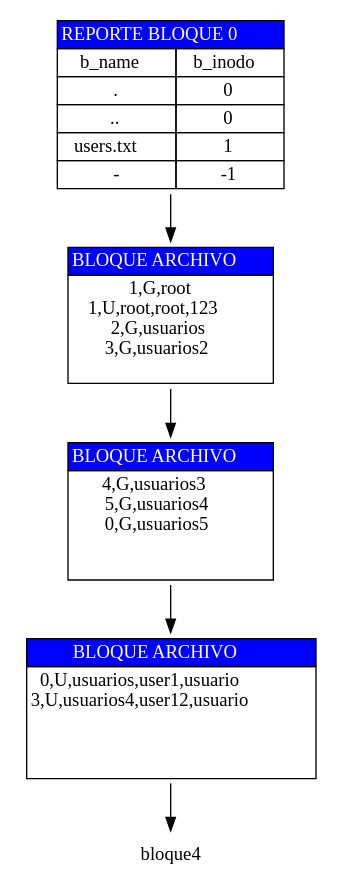
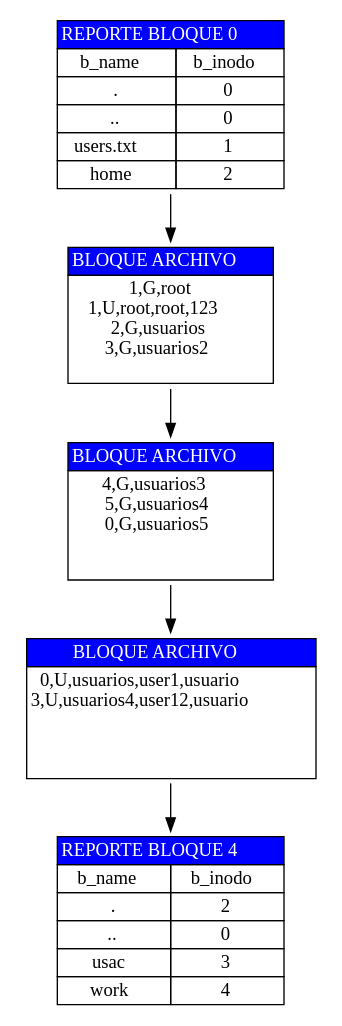
One commit to miguel-tubac/MIA_1S2025_P1_202101927 changed the diagram in server/src/salida/block.dot. Above: the diagram before and after it, drawn with Graphviz. The commit also changed 12 other files, not shown here.

```diff
--- a/server/src/salida/block.dot
+++ b/server/src/salida/block.dot
@@ -1,27 +1,35 @@
 digraph G {
 	node [shape=plaintext]
 	bloque0 [label=<
-			<table border="0" cellborder="1" cellspacing="0">
-				<tr><td colspan="2" bgcolor="#0000FF"><font color="white"> REPORTE BLOQUE 0 </font></td></tr>
+					<table border="0" cellborder="1" cellspacing="0">
+					<tr><td colspan="2" bgcolor="#0000FF"><font color="white"> REPORTE BLOQUE 0 </font></td></tr>
 	<tr><td>b_name</td><td>b_inodo</td></tr>
 	<tr><td>.</td><td>0</td></tr>
 	<tr><td>..</td><td>0</td></tr>
 	<tr><td>users.txt</td><td>1</td></tr>
-	<tr><td>-</td><td>-1</td></tr>	</table>>];
-		bloque0 -> bloque1;
+	<tr><td>home</td><td>2</td></tr>	</table>>];
 bloque1 [label=<
-			<table border="0" cellborder="1" cellspacing="0">
+				<table border="0" cellborder="1" cellspacing="0">
 		<tr><td colspan="2" bgcolor="#0000FF"><font color="white"> BLOQUE ARCHIVO </font></td></tr>
 		<tr><td colspan="2"> 1,G,root<br/>1,U,root,root,123<br/>2,G,usuarios<br/>3,G,usuarios2<br/> </td></tr>	</table>>];
-		bloque1 -> bloque2;
 bloque2 [label=<
-			<table border="0" cellborder="1" cellspacing="0">
+				<table border="0" cellborder="1" cellspacing="0">
 		<tr><td colspan="2" bgcolor="#0000FF"><font color="white"> BLOQUE ARCHIVO </font></td></tr>
 		<tr><td colspan="2"> 4,G,usuarios3<br/>5,G,usuarios4<br/>0,G,usuarios5<br/><br/> </td></tr>	</table>>];
-		bloque2 -> bloque3;
 bloque3 [label=<
-			<table border="0" cellborder="1" cellspacing="0">
+				<table border="0" cellborder="1" cellspacing="0">
 		<tr><td colspan="2" bgcolor="#0000FF"><font color="white"> BLOQUE ARCHIVO </font></td></tr>
 		<tr><td colspan="2"> 0,U,usuarios,user1,usuario<br/>3,U,usuarios4,user12,usuario<br/><br/><br/> </td></tr>	</table>>];
-		bloque3 -> bloque4;
+bloque4 [label=<
+					<table border="0" cellborder="1" cellspacing="0">
+					<tr><td colspan="2" bgcolor="#0000FF"><font color="white"> REPORTE BLOQUE 4 </font></td></tr>
+	<tr><td>b_name</td><td>b_inodo</td></tr>
+	<tr><td>.</td><td>2</td></tr>
+	<tr><td>..</td><td>0</td></tr>
+	<tr><td>usac</td><td>3</td></tr>
+	<tr><td>work</td><td>4</td></tr>	</table>>];
+bloque0 -> bloque1
+bloque1 -> bloque2
+bloque2 -> bloque3
+bloque3 -> bloque4
 }
```
